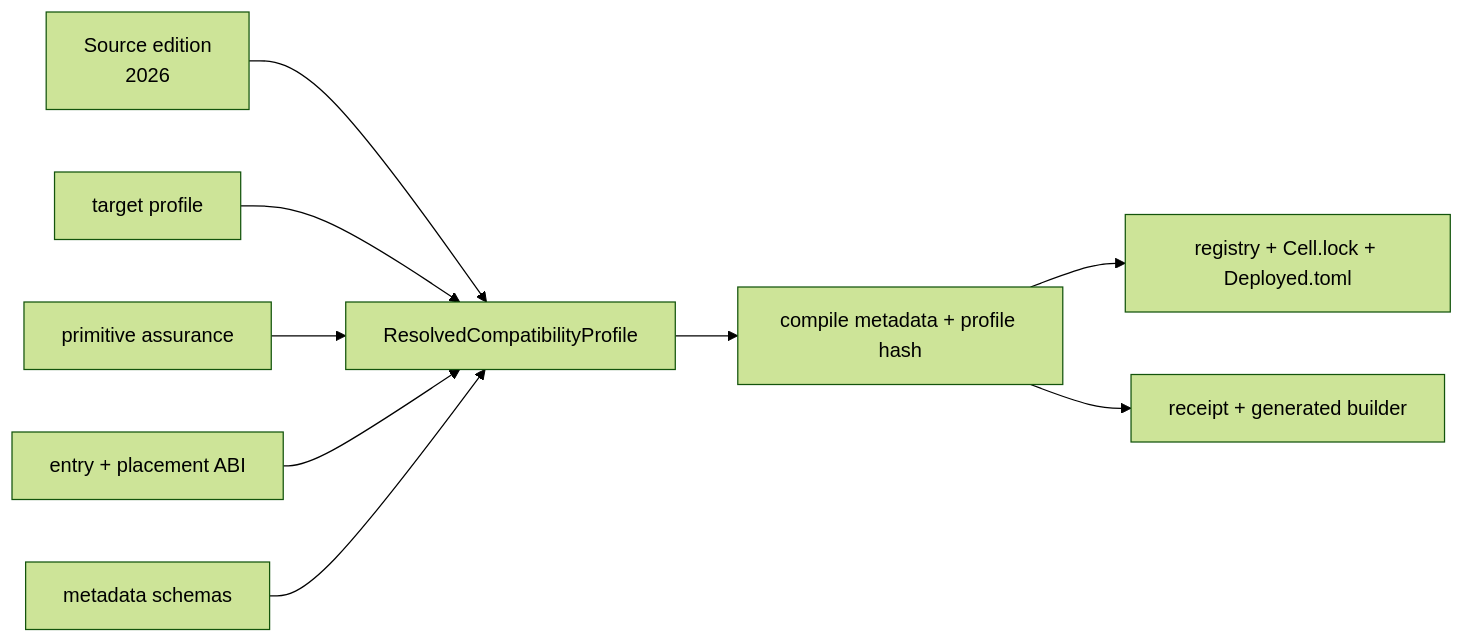
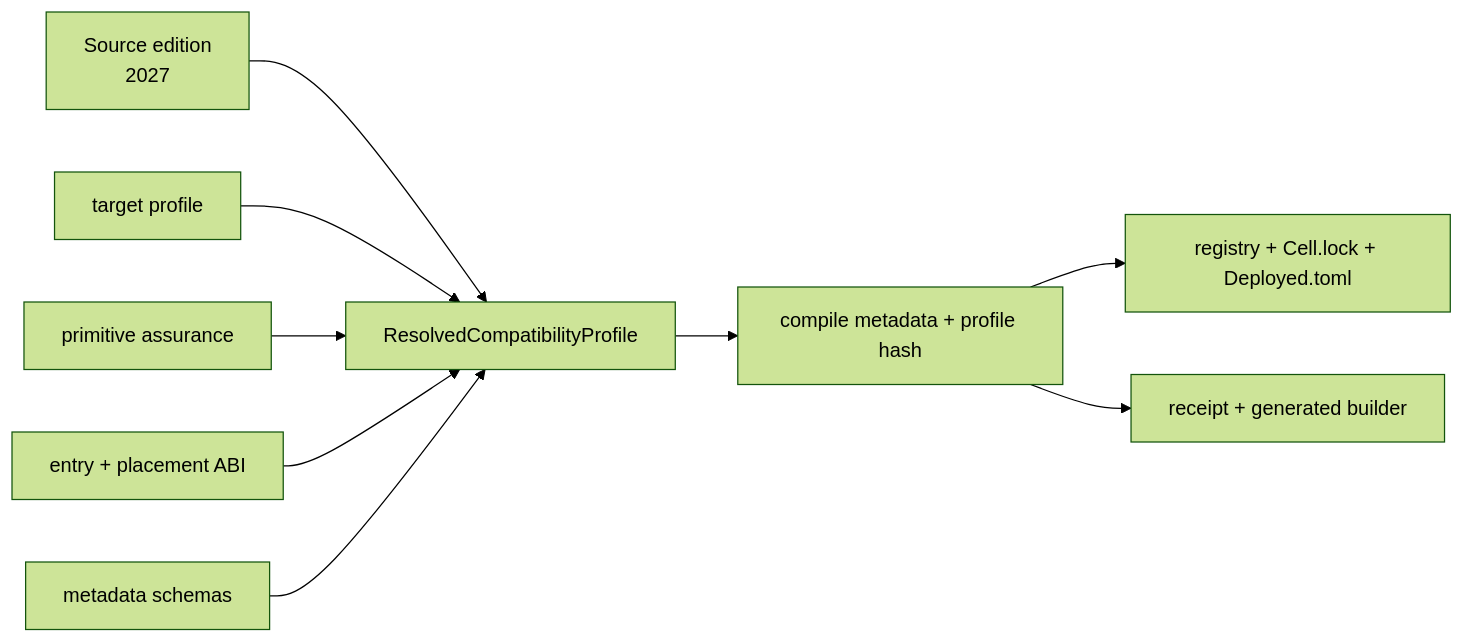
One commit to CellScript-Labs/CellScript changed the diagram in docs/CELLSCRIPT_EDITION_POLICY.md. Above: the diagram before and after it, drawn with Mermaid (forest theme). The commit also changed other lines of this file and 556 other files, not shown here.

````diff
--- a/docs/CELLSCRIPT_EDITION_POLICY.md
+++ b/docs/CELLSCRIPT_EDITION_POLICY.md
@@ -133,11 +84,11 @@
 ```mermaid
 flowchart LR
-    E["Source edition<br/>2026"] --> R["ResolvedCompatibilityProfile"]
+    E["Source edition<br/>2027"] --> R["ResolvedCompatibilityProfile"]
     T["target profile"] --> R
     P["primitive assurance"] --> R
     W["entry + placement ABI"] --> R
     S["metadata schemas"] --> R
     R --> M["compile metadata + profile hash"]
     M --> I["registry + Cell.lock + Deployed.toml"]
     M --> B["receipt + generated builder"]
 ```
````
